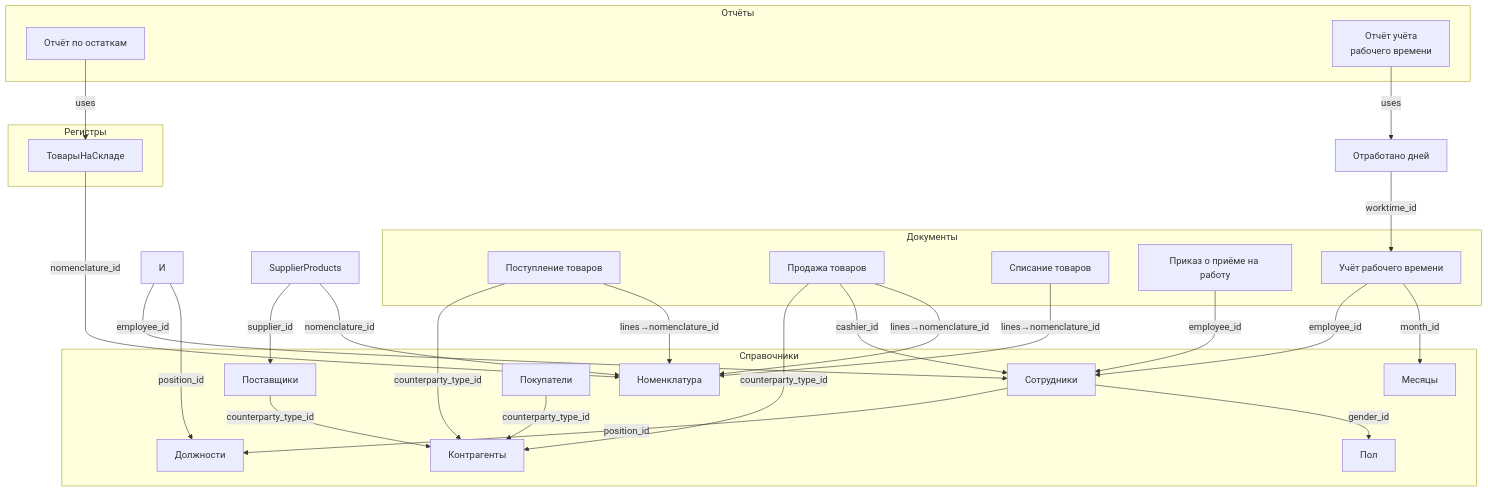
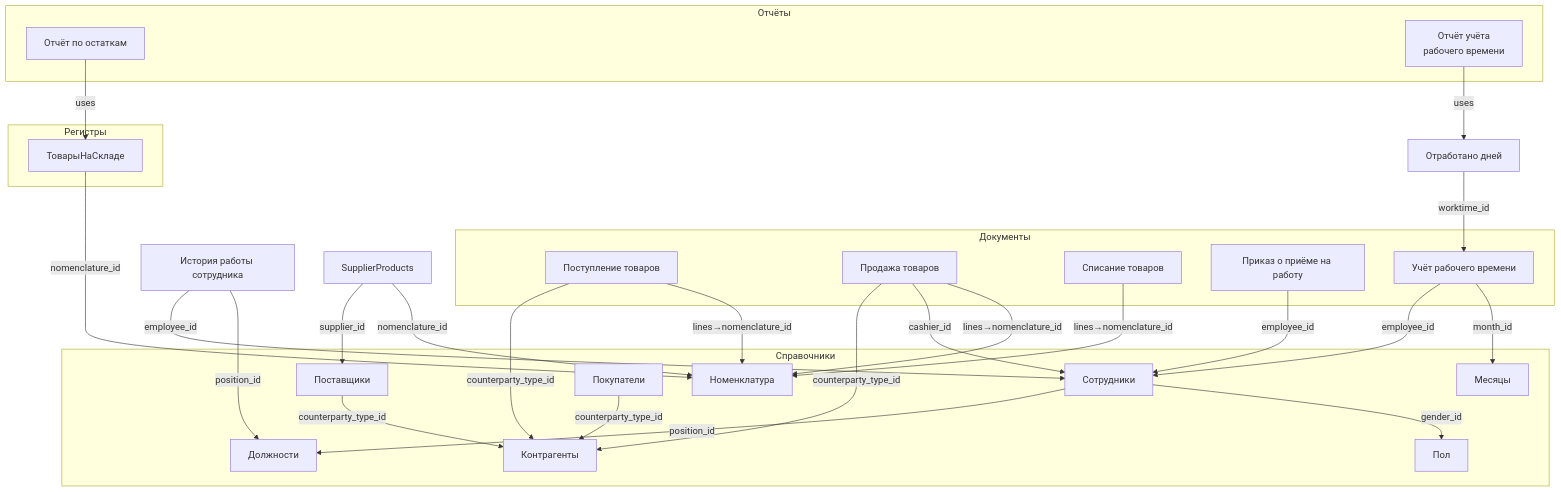
The diagram in all/Untitled.md (LAVEREXE/iodraw-files), drawn with Mermaid before and after one commit.

Commit message:
2025-04-29 19:24:11 update

````diff
--- a/all/Untitled.md
+++ b/all/Untitled.md
@@ -1,68 +1,68 @@
 ```mermaid
 graph TD
   %% Подграфы для группировки
   subgraph Справочники
     Emp["Сотрудники"]
     Nom["Номенклатура"]
     Sup["Поставщики"]
     Buy["Покупатели"]
     Pos["Должности"]
     Gen["Пол"]
     Ctp["Контрагенты"]
     Mon["Месяцы"]
   end
 
   subgraph Документы
     GR["Поступление товаров"]
     GS["Продажа товаров"]
     GW["Списание товаров"]
     HO["Приказ о приёме на работу"]
     WT["Учёт рабочего времени"]
   end
 
   subgraph Регистры
     WP["ТоварыНаСкладе"]
   end
 
   subgraph Отчёты
     SR["Отчёт по остаткам"]
     WTR["Отчёт учёта\nрабочего времени"]
   end
 
   %% Связи внутри справочников
   Emp -->|position_id| Pos
   Emp -->|gender_id| Gen
-  EmpWork["И"] -->|employee_id| Emp
+  EmpWork["История работы сотрудника"] -->|employee_id| Emp
   EmpWork -->|position_id| Pos
 
   SupProd["SupplierProducts"] -->|supplier_id| Sup
   SupProd -->|nomenclature_id| Nom
 
   %% Связи документов со справочниками
   GR -->|counterparty_type_id| Ctp
   GR -->|lines→nomenclature_id| Nom
 
   GS -->|counterparty_type_id| Ctp
   GS -->|cashier_id| Emp
   GS -->|lines→nomenclature_id| Nom
 
   GW -->|lines→nomenclature_id| Nom
 
   HO -->|employee_id| Emp
 
   WT -->|employee_id| Emp
   WT -->|month_id| Mon
   WTDay["Отработано дней"] -->|worktime_id| WT
 
   %% Связи регистра накопления
   WP -->|nomenclature_id| Nom
 
   %% Связи отчётов
   SR -->|uses| WP
   WTR -->|uses| WTDay
 
   %% Дополнительные связи (опционально)
   Sup -->|counterparty_type_id| Ctp
   Buy -->|counterparty_type_id| Ctp
 
 ```
````
